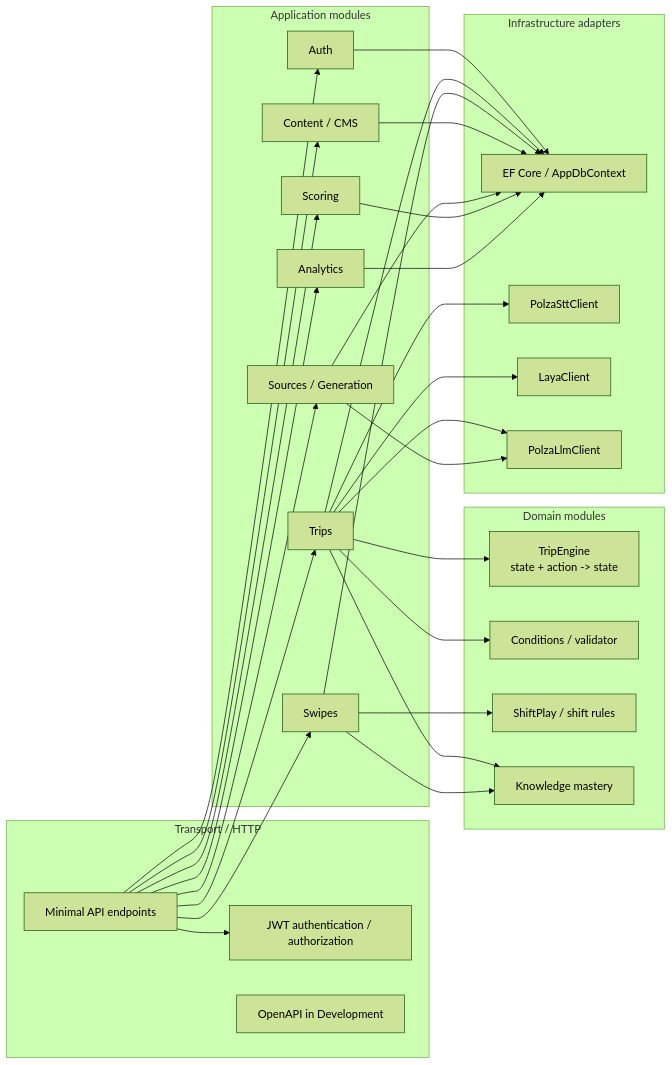
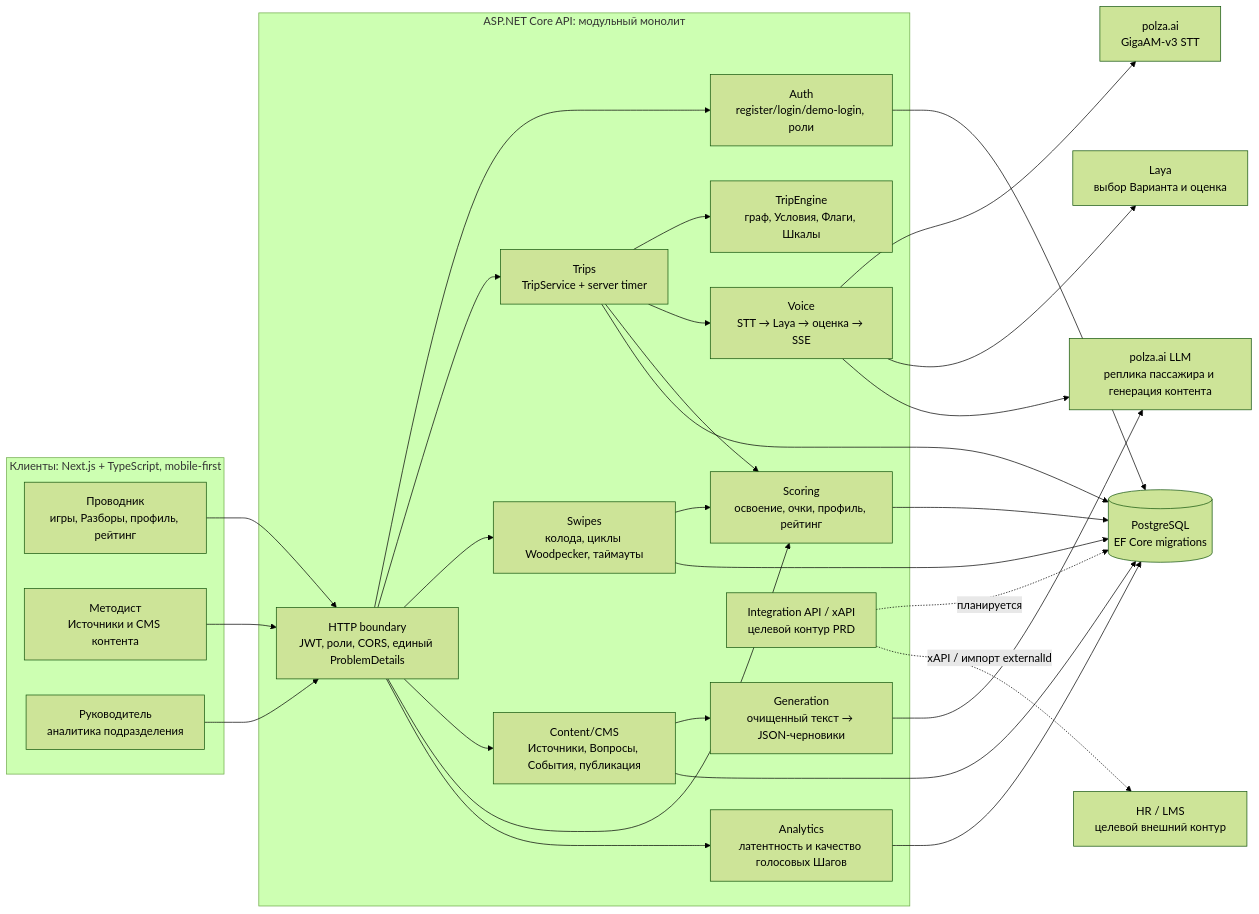
Before and after one commit to MolinRE/TurboSquadApp: the first of 5 diagrams in docs/architecture.md, drawn with Mermaid (forest theme). The commit also changed other lines of this file, not shown here.

````diff
--- a/docs/architecture.md
+++ b/docs/architecture.md
@@ -73,57 +14,55 @@
 ```mermaid
 flowchart LR
-    subgraph Transport["Transport / HTTP"]
-        Endpoints[Minimal API endpoints]
-        AuthMiddleware[JWT authentication / authorization]
-        OpenAPI[OpenAPI in Development]
+    subgraph Clients["Клиенты: Next.js + TypeScript, mobile-first"]
+        Player["Проводник\nигры, Разборы, профиль, рейтинг"]
+        Methodologist["Методист\nИсточники и CMS контента"]
+        Manager["Руководитель\nаналитика подразделения"]
     end
 
-    subgraph Application["Application modules"]
-        Auth[Auth]
-        Trips[Trips]
-        Swipes[Swipes]
-        Content[Content / CMS]
-        Sources[Sources / Generation]
-        Scoring[Scoring]
-        Analytics[Analytics]
+    subgraph API["ASP.NET Core API: модульный монолит"]
+        Edge["HTTP boundary\nJWT, роли, CORS, единый ProblemDetails"]
+        Auth["Auth\nregister/login/demo-login, роли"]
+        Trips["Trips\nTripService + server timer"]
+        Engine["TripEngine\nграф, Условия, Флаги, Шкалы"]
+        Voice["Voice\nSTT → Laya → оценка → SSE"]
+        Swipes["Swipes\nколода, циклы Woodpecker, таймауты"]
+        Content["Content/CMS\nИсточники, Вопросы, События, публикация"]
+        Generation["Generation\nочищенный текст → JSON-черновики"]
+        Scoring["Scoring\nосвоение, очки, профиль, рейтинг"]
+        Analytics["Analytics\nлатентность и качество голосовых Шагов"]
+        Integration["Integration API / xAPI\nцелевой контур PRD"]
     end
 
-    subgraph Domain["Domain modules"]
-        TripEngine[TripEngine\nstate + action -> state]
-        Conditions[Conditions / validator]
-        ShiftPlay[ShiftPlay / shift rules]
-        Knowledge[Knowledge mastery]
-    end
+    DB[("PostgreSQL\nEF Core migrations")]
+    STT["polza.ai\nGigaAM-v3 STT"]
+    Laya["Laya\nвыбор Варианта и оценка"]
+    LLM["polza.ai LLM\nреплика пассажира и генерация контента"]
+    HR["HR / LMS\nцелевой внешний контур"]
 
-    subgraph Adapters["Infrastructure adapters"]
-        EF[EF Core / AppDbContext]
-        SttAdapter[PolzaSttClient]
-        LayaAdapter[LayaClient]
-        LlmAdapter[PolzaLlmClient]
-    end
-
-    Endpoints --> AuthMiddleware
-    Endpoints --> Auth
-    Endpoints --> Trips
-    Endpoints --> Swipes
-    Endpoints --> Content
-    Endpoints --> Sources
-    Endpoints --> Scoring
-    Endpoints --> Analytics
-    Trips --> TripEngine
-    Trips --> Conditions
-    Trips --> Knowledge
-    Swipes --> ShiftPlay
-    Swipes --> Knowledge
-    Auth --> EF
-    Trips --> EF
-    Swipes --> EF
-    Content --> EF
-    Sources --> EF
-    Scoring --> EF
-    Analytics --> EF
-    Trips --> SttAdapter
-    Trips --> LayaAdapter
-    Trips --> LlmAdapter
-    Sources --> LlmAdapter
+    Player --> Edge
+    Methodologist --> Edge
+    Manager --> Edge
+    Edge --> Auth
+    Edge --> Trips
+    Edge --> Swipes
+    Edge --> Content
+    Edge --> Scoring
+    Edge --> Analytics
+    Trips --> Engine
+    Trips --> Voice
+    Content --> Generation
+    Trips --> Scoring
+    Swipes --> Scoring
+    Auth --> DB
+    Trips --> DB
+    Swipes --> DB
+    Content --> DB
+    Scoring --> DB
+    Analytics --> DB
+    Voice --> STT
+    Voice --> Laya
+    Voice --> LLM
+    Generation --> LLM
+    Integration -. "планируется" .-> DB
+    Integration -. "xAPI / импорт externalId" .-> HR
 ```
````
